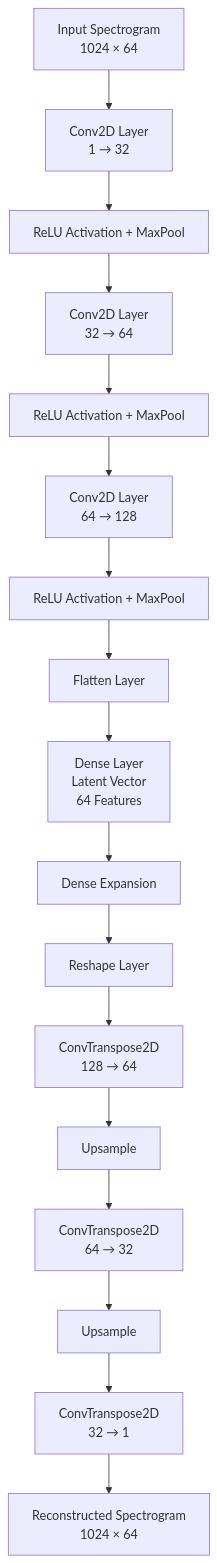
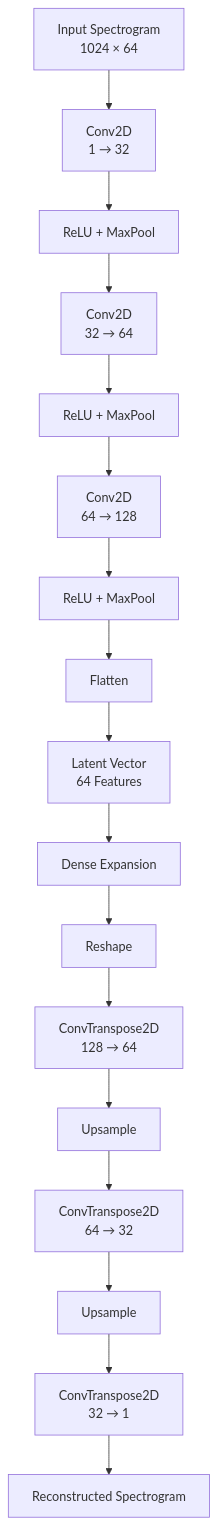
Before and after one commit to KnowME-AS-Aditya/Rf-spectrum-anomaly-hunter: the second of 2 diagrams in research/ml_cloud_architecture.md, drawn with Mermaid. The commit also changed other lines of this file, not shown here.

Commit message:
Improve ML research documentation with detailed autoencoder architecture and training explanation

````diff
--- a/research/ml_cloud_architecture.md
+++ b/research/ml_cloud_architecture.md
@@ -136,37 +108,37 @@
-``` mermaid
+```mermaid
 flowchart TD
 
 A[Input Spectrogram<br>1024 × 64]
 
-A --> B[Conv2D Layer<br>1 → 32]
+A --> B[Conv2D<br>1 → 32]
 
-B --> C[ReLU Activation + MaxPool]
+B --> C[ReLU + MaxPool]
 
-C --> D[Conv2D Layer<br>32 → 64]
+C --> D[Conv2D<br>32 → 64]
 
-D --> E[ReLU Activation + MaxPool]
+D --> E[ReLU + MaxPool]
 
-E --> F[Conv2D Layer<br>64 → 128]
+E --> F[Conv2D<br>64 → 128]
 
-F --> G[ReLU Activation + MaxPool]
+F --> G[ReLU + MaxPool]
 
-G --> H[Flatten Layer]
+G --> H[Flatten]
 
-H --> I[Dense Layer<br>Latent Vector<br>64 Features]
+H --> I[Latent Vector<br>64 Features]
 
 I --> J[Dense Expansion]
 
-J --> K[Reshape Layer]
+J --> K[Reshape]
 
 K --> L[ConvTranspose2D<br>128 → 64]
 
 L --> M[Upsample]
 
 M --> N[ConvTranspose2D<br>64 → 32]
 
 N --> O[Upsample]
 
 O --> P[ConvTranspose2D<br>32 → 1]
 
-P --> Q[Reconstructed Spectrogram<br>1024 × 64]
+P --> Q[Reconstructed Spectrogram]
 ```
````
